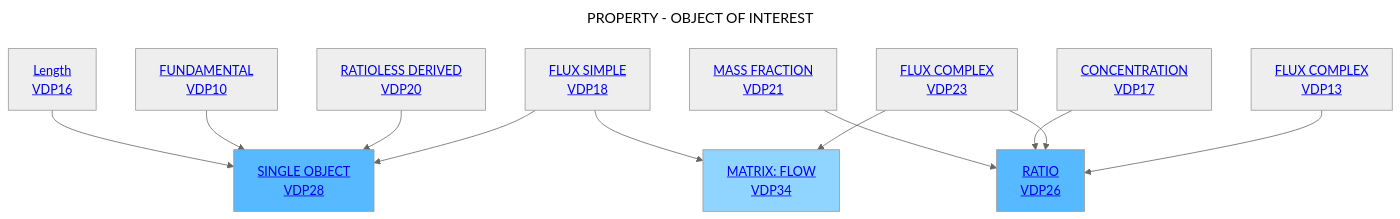
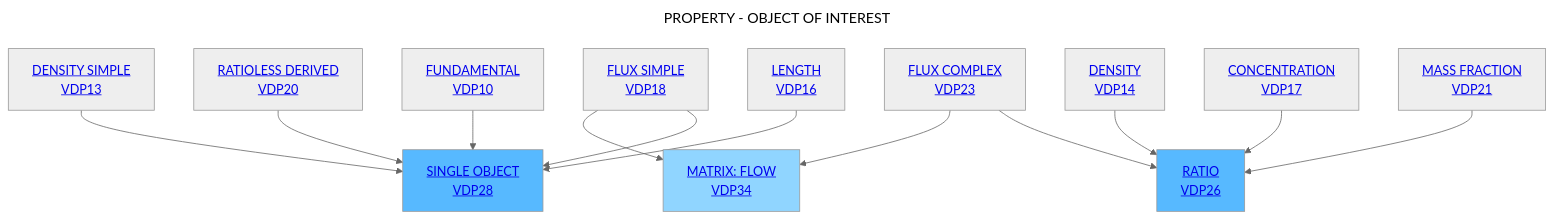
The diagram in Decisition_trees/DT6.mmd (mabablue/I-ADOPT-patterns-playground), drawn with Mermaid (neutral theme) before and after one commit.

```diff
--- a/Decisition_trees/DT6.mmd
+++ b/Decisition_trees/DT6.mmd
@@ -1,17 +1,18 @@
 ---
 title: PROPERTY - OBJECT OF INTEREST
 ---
 flowchart TD
-    A[<a href='https://github.com/mabablue/I-ADOPT-patterns-playground/blob/main/pattern/VDP16.yaml'>Length <br> VDP16</a>] --> C[<a href='https://github.com/mabablue/I-ADOPT-patterns-playground/blob/main/pattern/VDP28.yaml'>SINGLE OBJECT <br> VDP28</a>]:::satblue
+    A[<a href='https://github.com/mabablue/I-ADOPT-patterns-playground/blob/main/pattern/VDP16.yaml'>LENGTH <br> VDP16</a>] --> C[<a href='https://github.com/mabablue/I-ADOPT-patterns-playground/blob/main/pattern/VDP28.yaml'>SINGLE OBJECT <br> VDP28</a>]:::satblue
     B[<a href='https://github.com/mabablue/I-ADOPT-patterns-playground/blob/main/pattern/VDP10.yaml'>FUNDAMENTAL <br> VDP10</a>]  --> C
     D[<a href='https://github.com/mabablue/I-ADOPT-patterns-playground/blob/main/pattern/VDP20.yaml'>RATIOLESS DERIVED <br> VDP20</a>] --> C
     L[<a href='https://github.com/mabablue/I-ADOPT-patterns-playground/blob/main/pattern/VDP21.yaml'>MASS FRACTION <br> VDP21</a>] --> F[<a href='https://github.com/mabablue/I-ADOPT-patterns-playground/blob/main/pattern/VDP26.yaml'>RATIO <br> VDP26</a>]:::satblue
     M[<a href='https://github.com/mabablue/I-ADOPT-patterns-playground/blob/main/pattern/VDP17.yaml'>CONCENTRATION <br> VDP17</a>] --> F
     H[<a href='https://github.com/mabablue/I-ADOPT-patterns-playground/blob/main/pattern/VDP18.yaml'>FLUX SIMPLE <br> VDP18</a>] --> C
     I[<a href='https://github.com/mabablue/I-ADOPT-patterns-playground/blob/main/pattern/VDP23.yaml'>FLUX COMPLEX <br> VDP23</a>] --> F
-    N[<a href='https://github.com/mabablue/I-ADOPT-patterns-playground/blob/main/pattern/VDP23.yaml'>FLUX COMPLEX <br> VDP13</a>] --> F
+    N[<a href='https://github.com/mabablue/I-ADOPT-patterns-playground/blob/main/pattern/VDP23.yaml'>DENSITY SIMPLE <br> VDP13</a>] --> C
+    O[<a href='https://github.com/mabablue/I-ADOPT-patterns-playground/blob/main/pattern/VDP23.yaml'>DENSITY <br> VDP14</a>] --> F
     H --> K[<a href='https://github.com/mabablue/I-ADOPT-patterns-playground/blob/main/pattern/VDP34.yaml'>MATRIX: FLOW <br> VDP34</a>]:::blue
     I --> K
 
    classDef blue fill:#90D5FF
    classDef satblue fill:#57B9FF
```
